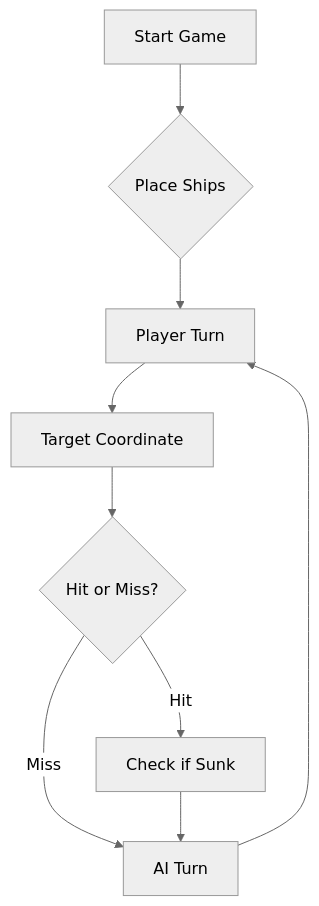
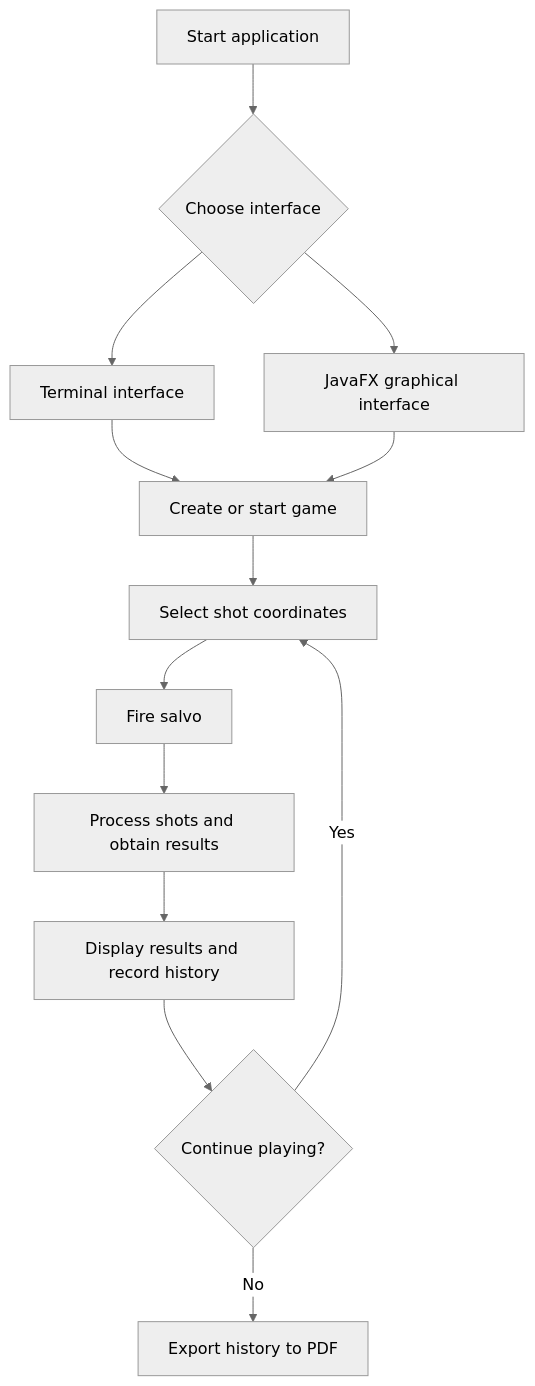
Before and after one commit to LEI-128791/Battleship2: the diagram in Battleship2-main/README.md, drawn with Mermaid (neutral theme). The commit also changed other lines of this file and 151 other files, not shown here.

````diff
--- a/Battleship2-main/README.md
+++ b/Battleship2-main/README.md
@@ -101,11 +192,15 @@
 ```mermaid
 graph TD
-    A[Start Game] --> B{Place Ships}
-    B --> C[Player Turn]
-    C --> D[Target Coordinate]
-    D --> E{Hit or Miss?}
-    E -- Hit --> F[Check if Sunk]
-    E -- Miss --> G[AI Turn]
-    F --> G
-    G --> C
+    A[Start application] --> B{Choose interface}
+    B --> C[Terminal interface]
+    B --> D[JavaFX graphical interface]
+    C --> E[Create or start game]
+    D --> E
+    E --> F[Select shot coordinates]
+    F --> G[Fire salvo]
+    G --> H[Process shots and obtain results]
+    H --> I[Display results and record history]
+    I --> J{Continue playing?}
+    J -- Yes --> F
+    J -- No --> K[Export history to PDF]
 ```
````
